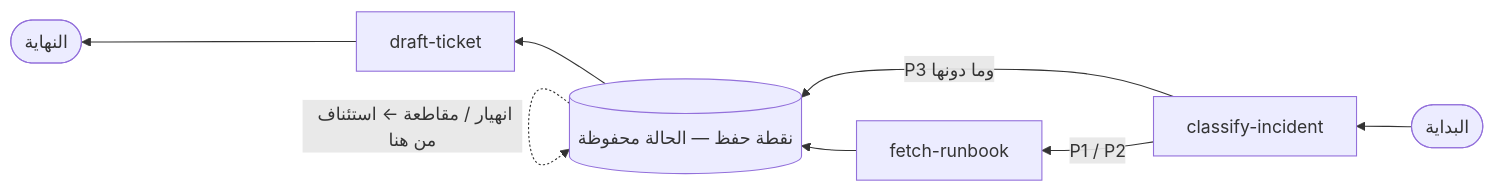
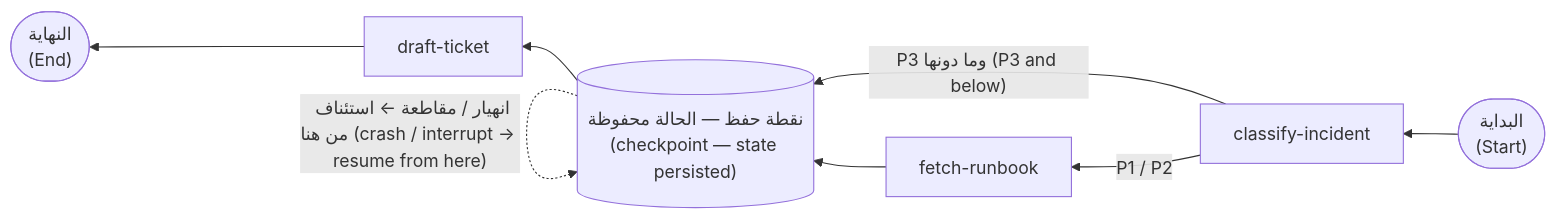
One commit to Tamoura/AI-agents changed the fourth of 10 diagrams in qdb-agent-framework/docs/LEARNING-PATH.ar.md. Above: the diagram before and after it, drawn with Mermaid. The commit also changed other lines of this file and 3 other files, not shown here.

First line of the commit message:
Arabic docs: English on every diagram label; rebuild Arabic HTML

````diff
--- a/qdb-agent-framework/docs/LEARNING-PATH.ar.md
+++ b/qdb-agent-framework/docs/LEARNING-PATH.ar.md
@@ -333,10 +333,10 @@
 ```mermaid
 flowchart RL
-    S(["البداية"]) --> N1["classify-incident"]
+    S(["البداية<br/>(Start)"]) --> N1["classify-incident"]
     N1 -->|"P1 / P2"| N2["fetch-runbook"]
-    N1 -->|"P3 وما دونها"| CP[("نقطة حفظ — الحالة محفوظة")]
+    N1 -->|"P3 وما دونها (P3 and below)"| CP[("نقطة حفظ — الحالة محفوظة<br/>(checkpoint — state persisted)")]
     N2 --> CP
     CP --> N3["draft-ticket"]
-    N3 --> E(["النهاية"])
-    CP -.->|"انهيار / مقاطعة ← استئناف من هنا"| CP
+    N3 --> E(["النهاية<br/>(End)"])
+    CP -.->|"انهيار / مقاطعة ← استئناف من هنا (crash / interrupt → resume from here)"| CP
 ```
````
